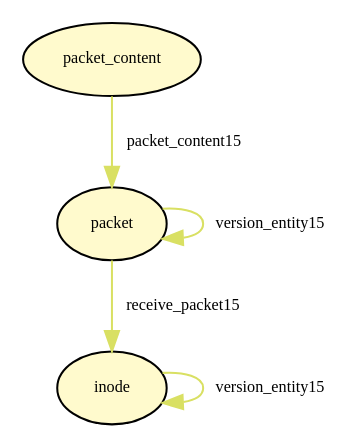
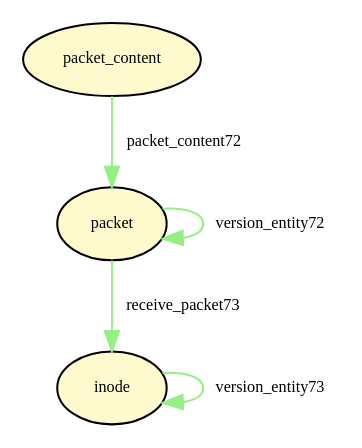
The diagram in tmp/provenance_socket_sock_rcv_skb.dot (TinkerBellSystem/graph-matching), drawn with Graphviz before and after one commit. The commit also changed 76 other files, not shown here.

```diff
--- a/tmp/provenance_socket_sock_rcv_skb.dot
+++ b/tmp/provenance_socket_sock_rcv_skb.dot
@@ -1,15 +1,15 @@
 digraph RGL__DirectedAdjacencyGraph {packet[fontsize = 8,label = "packet",shape = ellipse, fillcolor="#fffacd", style = filled]
 
-packet -> packet[fontsize = 8,label = "version_entity15", color="#d9e063"]
+packet -> packet[fontsize = 8,label = "version_entity72", color="#94f084"]
 
 packet_content[fontsize = 8,label = "packet_content",shape = ellipse, fillcolor="#fffacd", style = filled]
 
-packet_content -> packet[fontsize = 8,label = "packet_content15", color="#d9e063"]
+packet_content -> packet[fontsize = 8,label = "packet_content72", color="#94f084"]
 
 inode[fontsize = 8,label = "inode",shape = ellipse, fillcolor="#fffacd", style = filled]
 
-inode -> inode[fontsize = 8,label = "version_entity15", color="#d9e063"]
+inode -> inode[fontsize = 8,label = "version_entity73", color="#94f084"]
 
-packet -> inode[fontsize = 8,label = "receive_packet15", color="#d9e063"]
+packet -> inode[fontsize = 8,label = "receive_packet73", color="#94f084"]
 
 }
```
